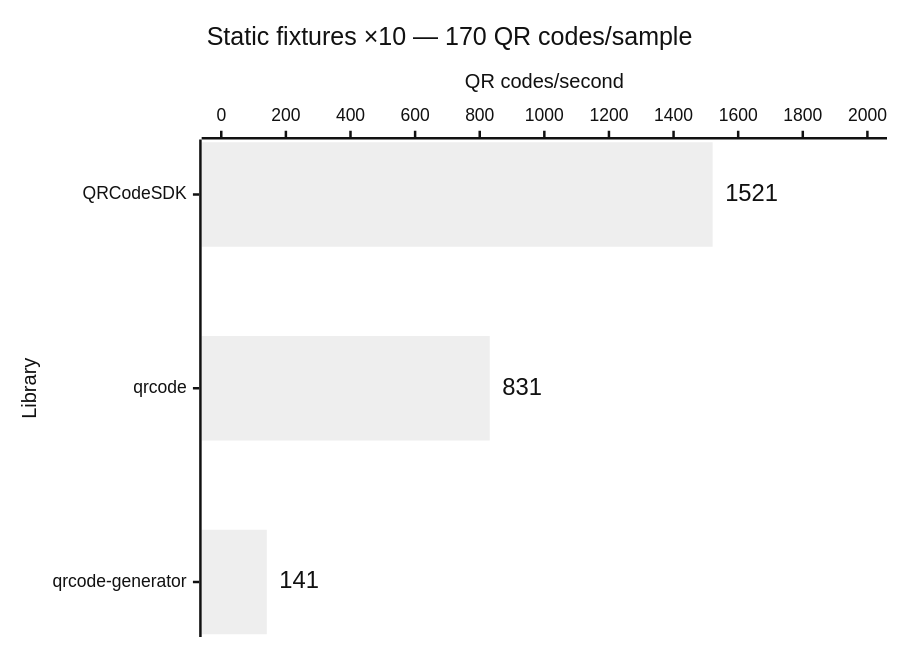
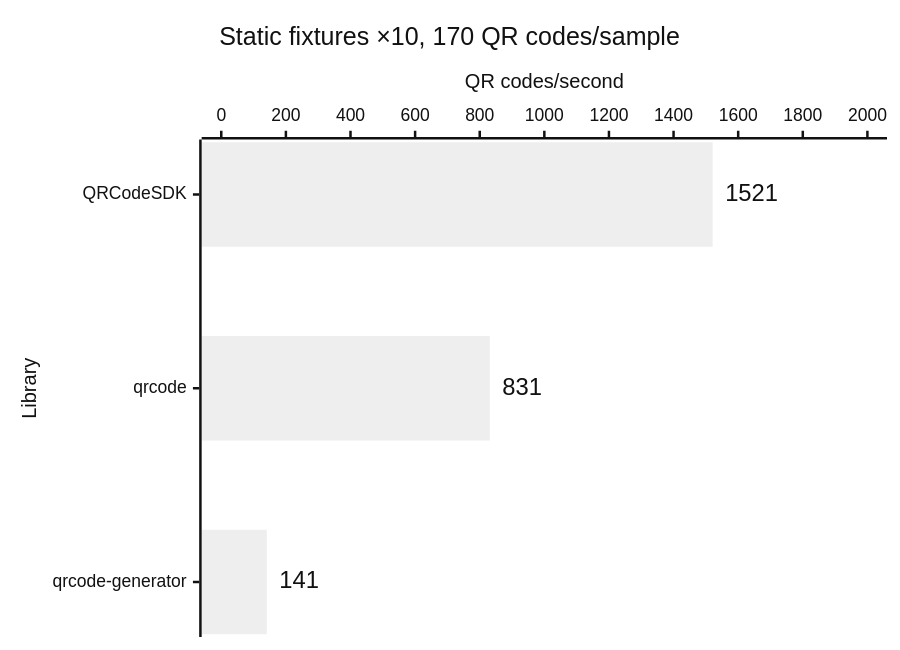
The sixth of 14 diagrams in apps/docs/src/content/docs/learn/performance.md (Dafnik/qrcodesdk), drawn with Mermaid (neutral theme) before and after one commit. The commit also changed other lines of this file and 86 other files, not shown here.

````diff
--- a/apps/docs/src/content/docs/learn/performance.md
+++ b/apps/docs/src/content/docs/learn/performance.md
@@ -131,15 +131,15 @@
 ```mermaid
 ---
 config:
   xyChart:
     showDataLabel: true
     showDataLabelOutsideBar: true
 ---
 xychart horizontal
-  accTitle: Automatic matrix generation: Static fixtures ×10 — 170 QR codes/sample
+  accTitle: Automatic matrix generation, Static fixtures ×10, 170 QR codes/sample
   accDescr: Throughput calculated from median time. QRCodeSDK 1,521 QR codes per second, qrcode 831 QR codes per second, qrcode-generator 141 QR codes per second. Higher is better.
-  title "Static fixtures ×10 — 170 QR codes/sample"
+  title "Static fixtures ×10, 170 QR codes/sample"
   x-axis "Library" ["QRCodeSDK", "qrcode", "qrcode-generator"]
   y-axis "QR codes/second" 0 --> 2000
   bar [1521, 831, 141]
 ```
````
